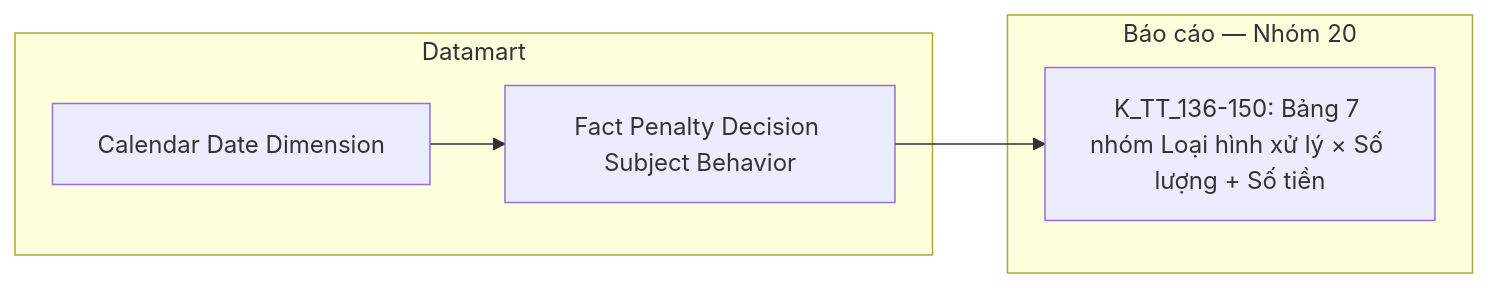
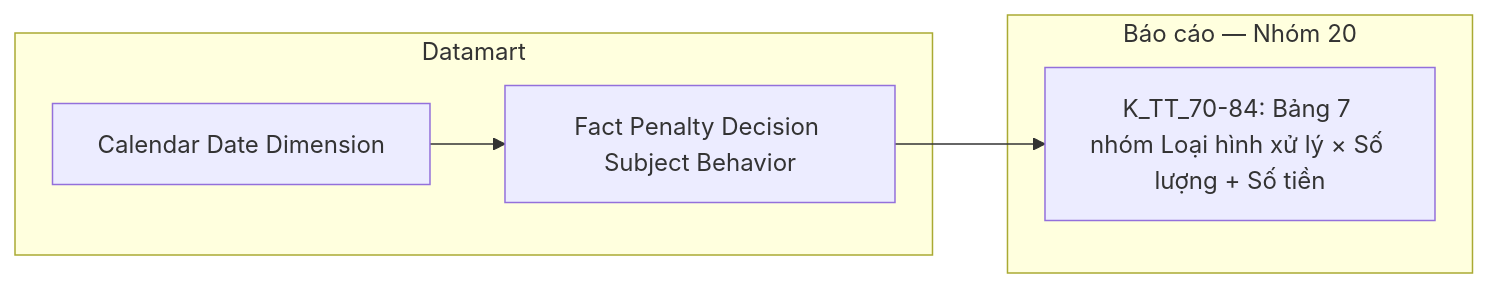
One commit to linhlvit/ubck_atomic_design changed diagram 49 of 50 in Datamart/hld/DTM_TT_HLD.md. Above: the diagram before and after it, drawn with Mermaid. The commit also changed other lines of this file and 8 other files, not shown here.

````diff
--- a/Datamart/hld/DTM_TT_HLD.md
+++ b/Datamart/hld/DTM_TT_HLD.md
@@ -1927,12 +1872,12 @@
 ```mermaid
 flowchart LR
     subgraph Datamart["Datamart"]
         G1["Fact Penalty Decision Subject Behavior"]
         G2["Calendar Date Dimension"]
     end
     subgraph RPT["Báo cáo — Nhóm 20"]
-        R1["K_TT_136-150: Bảng 7 nhóm Loại hình xử lý × Số lượng + Số tiền"]
+        R1["K_TT_70-84: Bảng 7 nhóm Loại hình xử lý × Số lượng + Số tiền"]
     end
     G2 --> G1
     G1 --> R1
 ```
````
